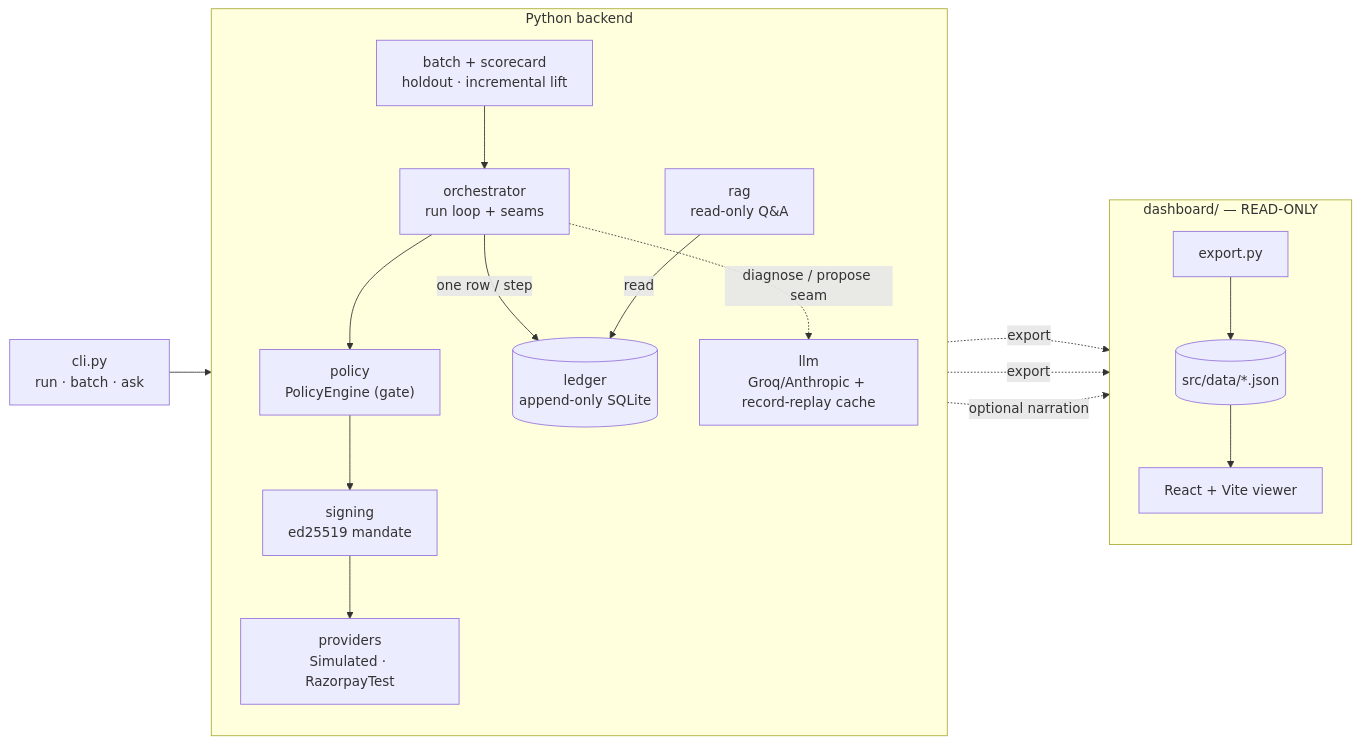
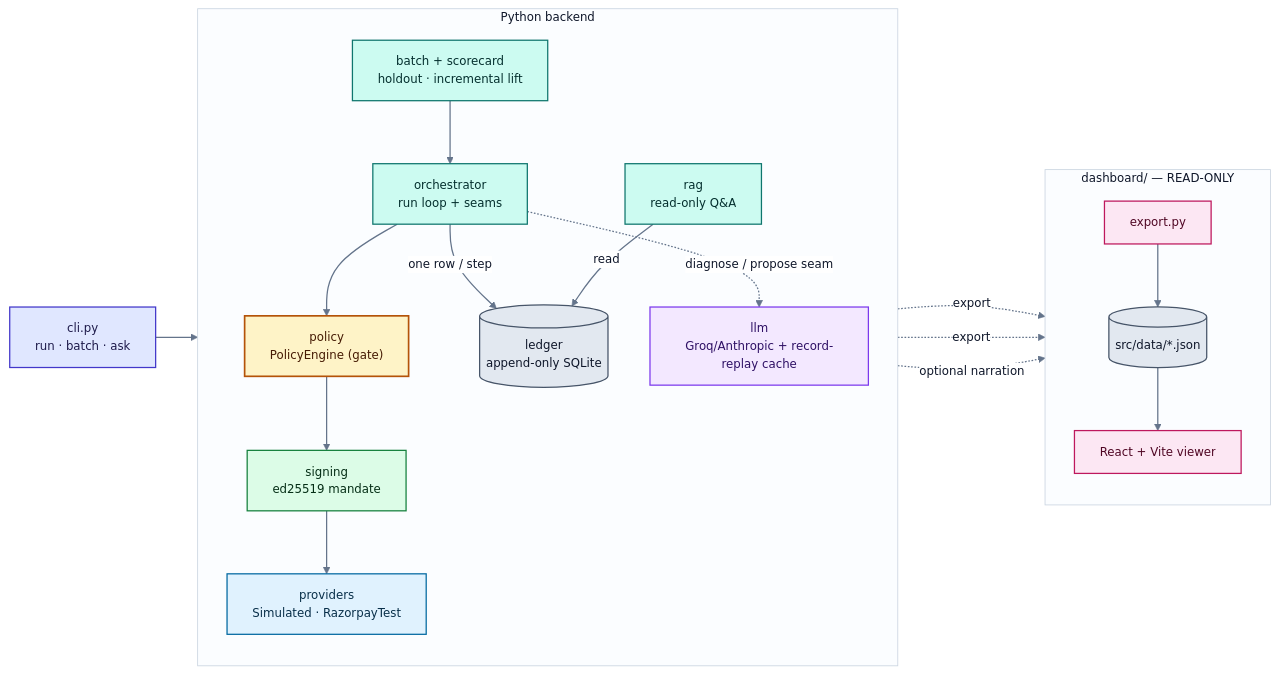
One commit to Vigyant05/razorpay_hack changed the first of 5 diagrams in README.md. Above: the diagram before and after it, drawn with Mermaid. The commit also changed other lines of this file, not shown here.

First line of the commit message:
Colour the README diagrams on a white canvas

````diff
--- a/README.md
+++ b/README.md
@@ -32,31 +32,53 @@
 ```mermaid
+%%{init: {'theme':'base','themeVariables':{'background':'#ffffff','primaryColor':'#f8fafc','primaryTextColor':'#0f172a','primaryBorderColor':'#94a3b8','secondaryColor':'#f1f5f9','tertiaryColor':'#ffffff','lineColor':'#64748b','fontSize':'14px','clusterBkg':'#fbfdff','clusterBorder':'#cbd5e1','edgeLabelBackground':'#ffffff','nodeTextColor':'#0f172a','titleColor':'#0f172a'}}}%%
 flowchart LR
   CLI["cli.py<br/>run · batch · ask"]
 
   subgraph backend["Python backend"]
     direction TB
     ORC["orchestrator<br/>run loop + seams"]
     POL["policy<br/>PolicyEngine (gate)"]
     SIGN["signing<br/>ed25519 mandate"]
     PROV["providers<br/>Simulated · RazorpayTest"]
     LLM["llm<br/>Groq/Anthropic + record-replay cache"]
     BATCH["batch + scorecard<br/>holdout · incremental lift"]
     RAG["rag<br/>read-only Q&amp;A"]
     LED[("ledger<br/>append-only SQLite")]
   end
 
   subgraph dash["dashboard/ — READ-ONLY"]
     direction TB
     EXP["export.py"] --> JSON[("src/data/*.json")] --> UI["React + Vite viewer"]
   end
 
   CLI --> ORC
   BATCH --> ORC
   ORC --> POL --> SIGN --> PROV
   ORC -->|"one row / step"| LED
   ORC -. "diagnose / propose seam" .-> LLM
   RAG -->|read| LED
   LED -. export .-> EXP
   BATCH -. export .-> EXP
   LLM -. "optional narration" .-> EXP
+
+  classDef entry fill:#e0e7ff,stroke:#4338ca,stroke-width:1.5px,color:#1e1b4b
+  classDef gate fill:#fef3c7,stroke:#b45309,stroke-width:2px,color:#451a03
+  classDef sign fill:#dcfce7,stroke:#15803d,stroke-width:1.5px,color:#052e16
+  classDef prov fill:#e0f2fe,stroke:#0369a1,stroke-width:1.5px,color:#082f49
+  classDef llm fill:#f3e8ff,stroke:#7c3aed,stroke-width:1.5px,color:#2e1065
+  classDef store fill:#e2e8f0,stroke:#475569,stroke-width:1.5px,color:#0f172a
+  classDef bad fill:#fee2e2,stroke:#b91c1c,stroke-width:1.5px,color:#450a0a
+  classDef calc fill:#ccfbf1,stroke:#0f766e,stroke-width:1.5px,color:#042f2e
+  classDef view fill:#fce7f3,stroke:#be185d,stroke-width:1.5px,color:#500724
+
+  class CLI entry
+  class ORC,BATCH,RAG calc
+  class POL gate
+  class SIGN sign
+  class PROV prov
+  class LLM llm
+  class LED,JSON store
+  class EXP,UI view
+
+  linkStyle default stroke:#64748b,stroke-width:1.5px
 ```
````
